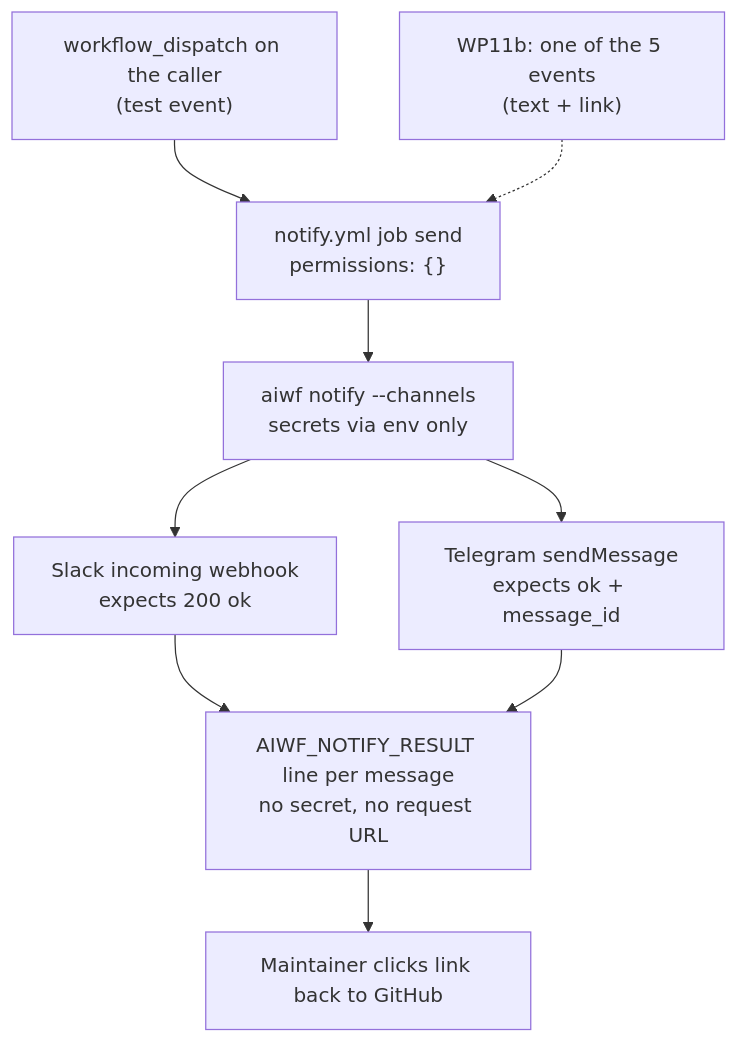
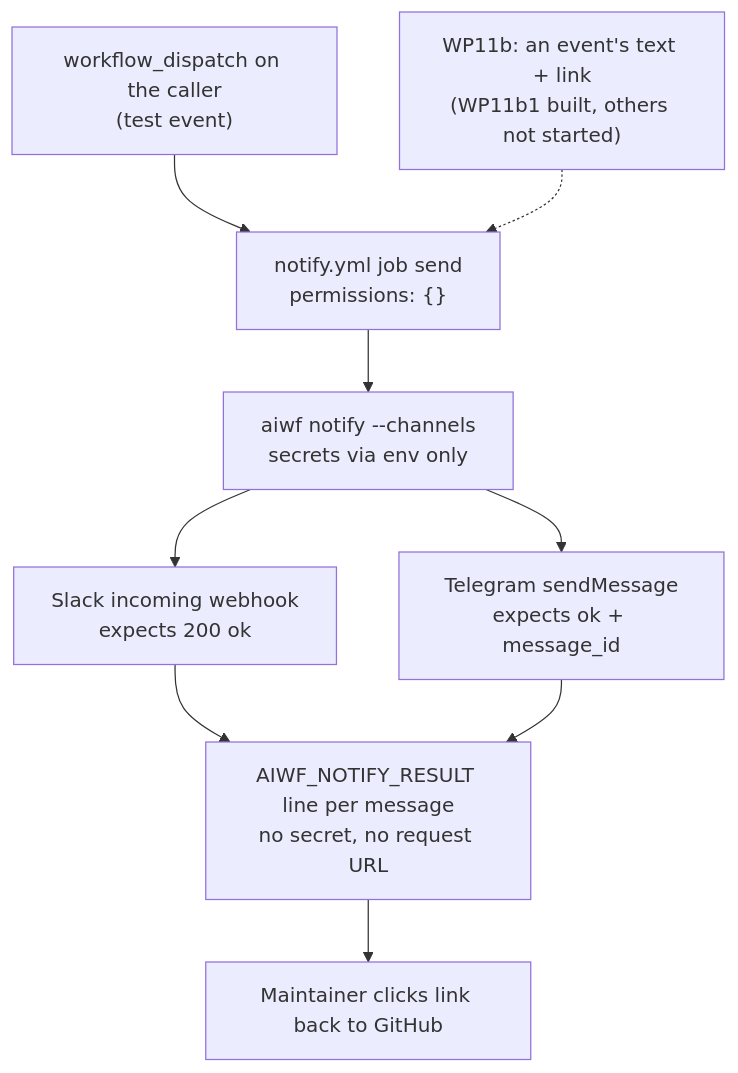
One commit to esciara/ai-workflows changed the ninth of 14 diagrams in docs/diagrams.md. Above: the diagram before and after it, drawn with Mermaid. The commit also changed other lines of this file and 1 other file, not shown here.

First line of the commit message:
docs(diagrams): full hand-maintained refresh (2026-11-14)

````diff
--- a/docs/diagrams.md
+++ b/docs/diagrams.md
@@ -234,11 +334,11 @@
 ```mermaid
 flowchart TD
   D["workflow_dispatch on the caller<br/>(test event)"] --> J["notify.yml job send<br/>permissions: {}"]
-  E["WP11b: one of the 5 events<br/>(text + link)"] -.-> J
+  E["WP11b: an event's text + link<br/>(WP11b1 built, others not started)"] -.-> J
   J --> S["aiwf notify --channels<br/>secrets via env only"]
   S --> SL["Slack incoming webhook<br/>expects 200 ok"]
   S --> TG["Telegram sendMessage<br/>expects ok + message_id"]
   SL --> R["AIWF_NOTIFY_RESULT line per message<br/>no secret, no request URL"]
   TG --> R
   R --> M["Maintainer clicks link back to GitHub"]
 ```
````
